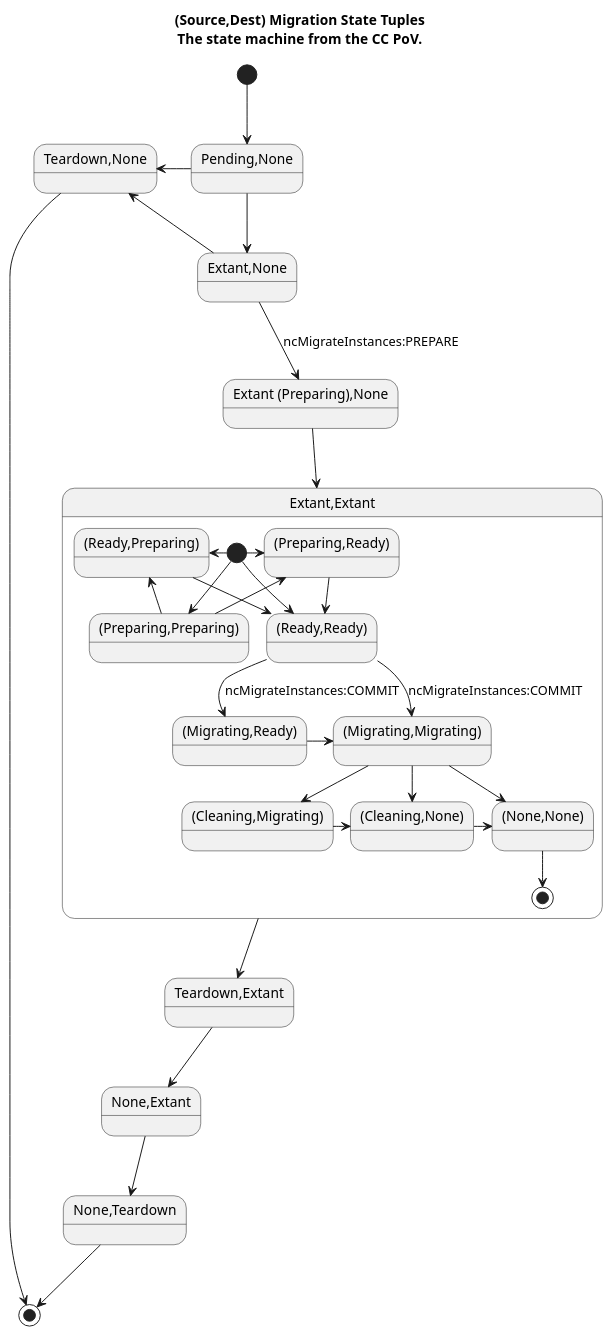
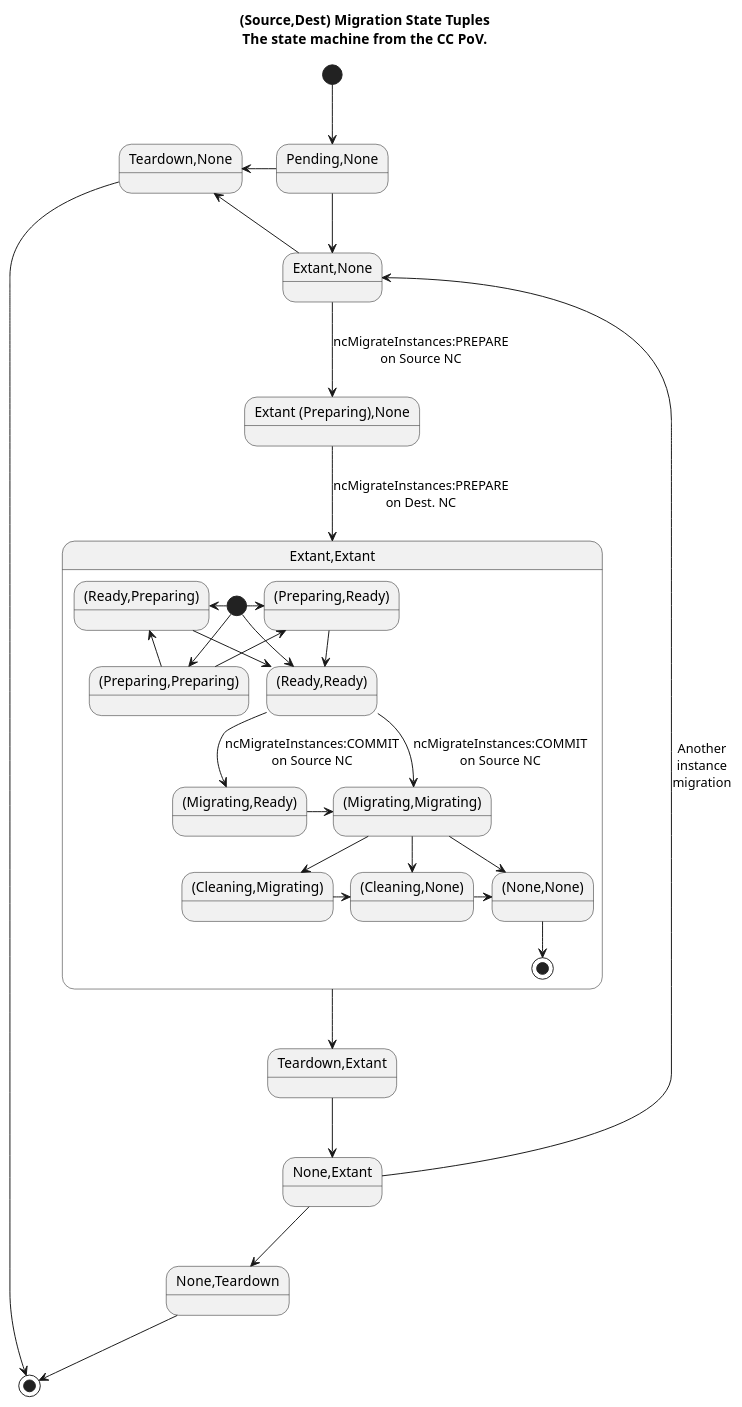
Before and after one commit to eucalyptus/architecture: the diagram in features/maintenance-mode/3.3/migration-cc-instance-state-machines.puml, drawn with PlantUML. The commit also changed 1 other file, not shown here.

Commit message:
drafts of migration mode state diagrams

```diff
--- a/features/maintenance-mode/3.3/migration-cc-instance-state-machines.puml
+++ b/features/maintenance-mode/3.3/migration-cc-instance-state-machines.puml
@@ -1,49 +1,52 @@
 @startuml
   title (Source,Dest) Migration State Tuples\nThe state machine from the CC PoV.
   state "Pending,None" as pendingNone
   state "Extant,None" as extantNone
   state "Teardown,None" as teardownNone
   state "Teardown,Extant" as teardownExtant
   state "None,Extant" as noneExtant
   state "None,Teardown" as noneTeardown
   state "Extant (Preparing),None" as preparingNone
   state "Extant,Extant" as extantExtant {
     state "(Preparing,Preparing)" as preparingPreparing
     state "(Ready,Ready)" as readyReady
     state "(Preparing,Ready)" as preparingReady
+'    state "(Preparing,Failed)" as preparingFailed
     state "(Ready,Preparing)" as readyPreparing
+'    state "(Ready,Failed)" as readyFailed
     state "(Migrating,Ready)" as migratingReady
     state "(Migrating,Migrating)" as migratingMigrating
     state "(Cleaning,Migrating)" as cleaningMigrating
     state "(Cleaning,None)" as cleaningNone
     state "(None,None)" as noneNone
     [*] -down-> preparingPreparing
     [*] -down-> readyReady
     [*] -right-> preparingReady
     [*] -left-> readyPreparing
     preparingPreparing -up-> preparingReady
     preparingPreparing -up-> readyPreparing
     preparingReady -down-> readyReady
     readyPreparing -down-> readyReady
-    readyReady -down-> migratingReady : ncMigrateInstances:COMMIT
-    readyReady -down-> migratingMigrating : ncMigrateInstances:COMMIT
+    readyReady -down-> migratingReady : ncMigrateInstances:COMMIT\non Source NC
+    readyReady -down-> migratingMigrating : ncMigrateInstances:COMMIT\non Source NC
     migratingReady -right-> migratingMigrating
     migratingMigrating -down-> cleaningMigrating
     migratingMigrating -down-> noneNone
     migratingMigrating -down-> cleaningNone
     cleaningNone -right-> noneNone
     cleaningMigrating -right-> cleaningNone
     noneNone -down-> [*]
   }
   [*] -down-> pendingNone
   pendingNone -down-> extantNone
   pendingNone -left-> teardownNone
   extantNone -left-> teardownNone
-  extantNone -down-> preparingNone : ncMigrateInstances:PREPARE
-  preparingNone -down-> extantExtant
+  extantNone -down-> preparingNone : ncMigrateInstances:PREPARE\non Source NC
+  preparingNone -down-> extantExtant : ncMigrateInstances:PREPARE\non Dest. NC
   extantExtant -down-> teardownExtant
   teardownExtant -down-> noneExtant
   noneExtant -down-> noneTeardown
+  noneExtant -up-> extantNone : Another\ninstance\nmigration
   noneTeardown -down-> [*]
   teardownNone -down-> [*]
 @enduml
```
